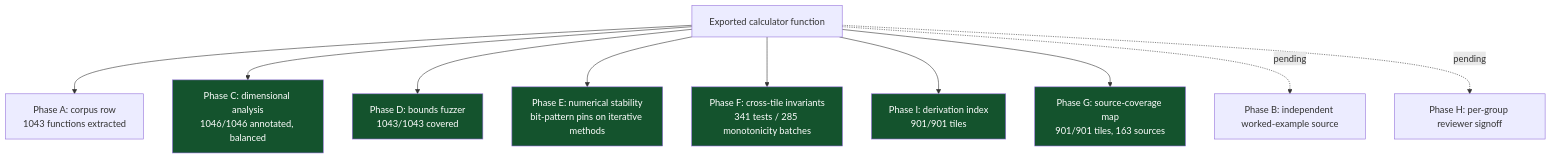
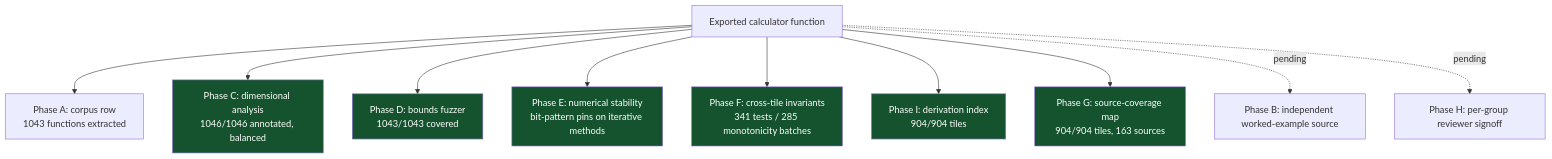
Before and after one commit to clay-good/roughlogic.com: the sixth of 8 diagrams in README.md, drawn with Mermaid. The commit also changed other lines of this file and 19 other files, not shown here.

````diff
--- a/README.md
+++ b/README.md
@@ -519,18 +519,18 @@
 ```mermaid
 flowchart TB
     F[Exported calculator function] --> A[Phase A: corpus row\n1043 functions extracted]
     F --> C[Phase C: dimensional analysis\n1046/1046 annotated, balanced]
     F --> D[Phase D: bounds fuzzer\n1043/1043 covered]
     F --> E[Phase E: numerical stability\nbit-pattern pins on iterative methods]
     F --> Fa[Phase F: cross-tile invariants\n341 tests / 285 monotonicity batches]
-    F --> I[Phase I: derivation index\n901/901 tiles]
-    F --> G[Phase G: source-coverage map\n901/901 tiles, 163 sources]
+    F --> I[Phase I: derivation index\n904/904 tiles]
+    F --> G[Phase G: source-coverage map\n904/904 tiles, 163 sources]
     F -.pending.-> B[Phase B: independent worked-example source]
     F -.pending.-> H[Phase H: per-group reviewer signoff]
     style C fill:#14532d,color:#fff
     style D fill:#14532d,color:#fff
     style E fill:#14532d,color:#fff
     style Fa fill:#14532d,color:#fff
     style G fill:#14532d,color:#fff
     style I fill:#14532d,color:#fff
 ```
````
